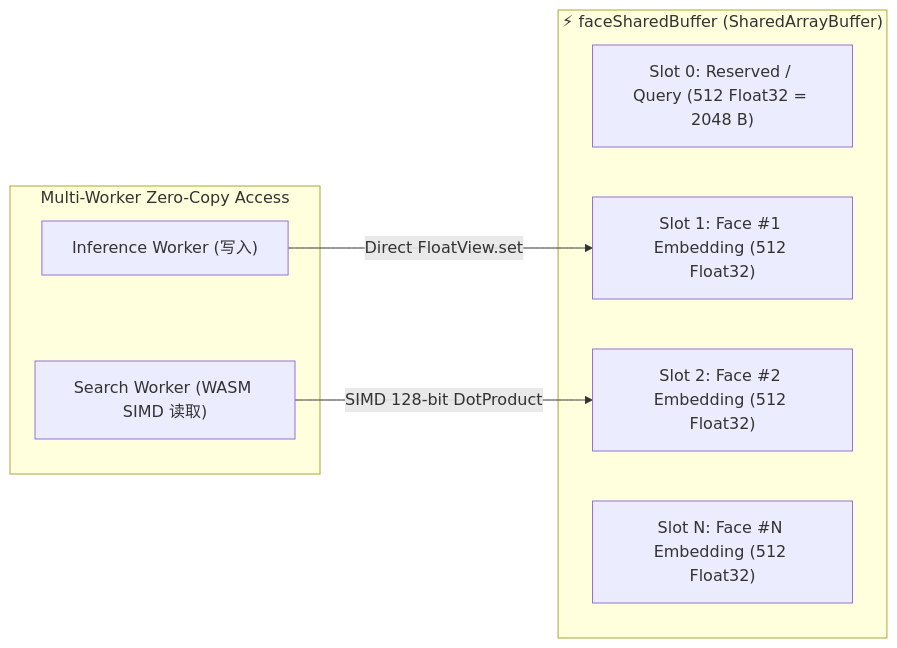
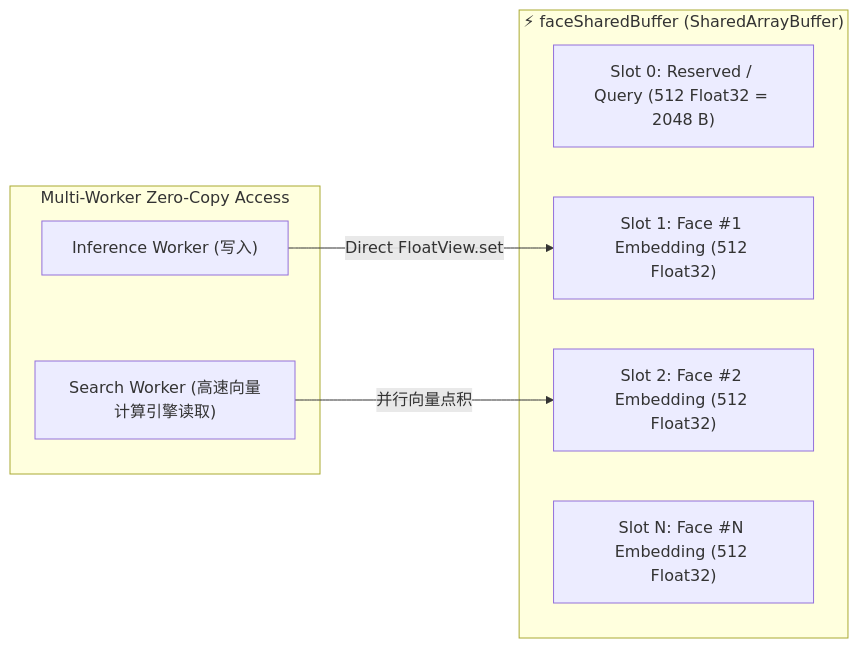
Before and after one commit to NovaMindLab/AIShare-Grabber: the second of 3 diagrams in wiki/features/face_recognition.md, drawn with Mermaid. The commit also changed other lines of this file and 5 other files, not shown here.

Commit message:
docs(wiki): sanitize WASM SIMD terminology to high-level vector acceleration and zero-copy architecture

````diff
--- a/wiki/features/face_recognition.md
+++ b/wiki/features/face_recognition.md
@@ -126,14 +126,14 @@
 ```mermaid
 flowchart LR
     subgraph SAB ["⚡ faceSharedBuffer (SharedArrayBuffer)"]
         Slot0["Slot 0: Reserved / Query (512 Float32 = 2048 B)"]
         Slot1["Slot 1: Face #1 Embedding (512 Float32)"]
         Slot2["Slot 2: Face #2 Embedding (512 Float32)"]
         SlotN["Slot N: Face #N Embedding (512 Float32)"]
     end
     
     subgraph Workers ["Multi-Worker Zero-Copy Access"]
         Inference["Inference Worker (写入)"] -->|Direct FloatView.set| Slot1
-        Search["Search Worker (WASM SIMD 读取)"] -->|SIMD 128-bit DotProduct| Slot2
+        Search["Search Worker (高速向量计算引擎读取)"] -->|并行向量点积| Slot2
     end
 ```
````
